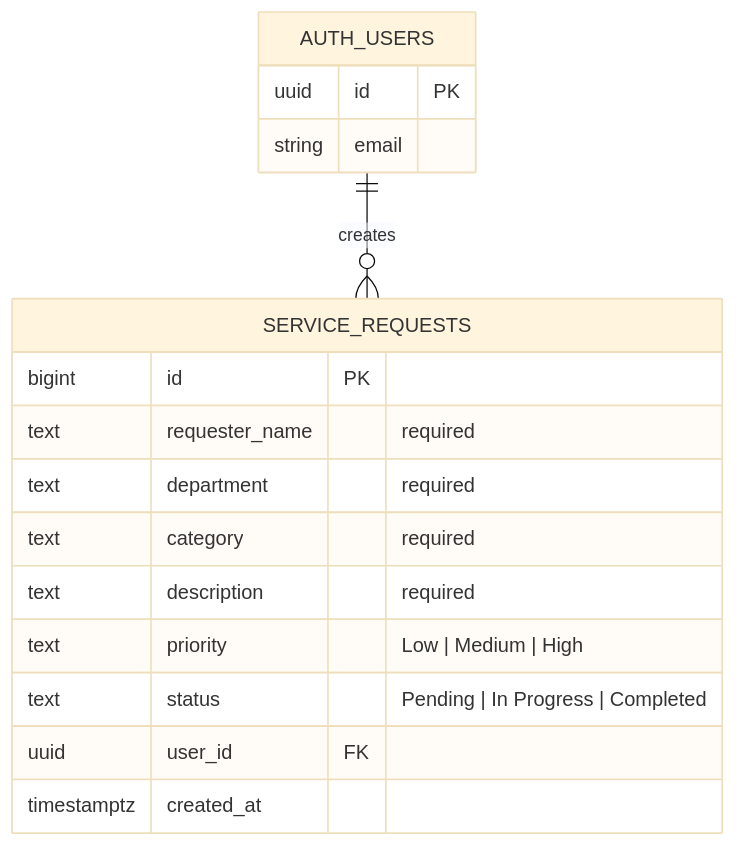
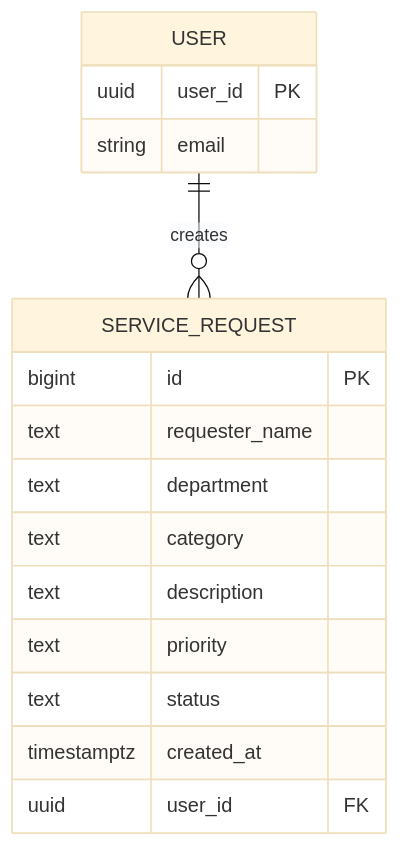
One commit to drixjohn2856-bit/SAD_Service_Request_Bebis changed the second of 2 diagrams in documentation/system-analysis.md. Above: the diagram before and after it, drawn with Mermaid (base theme). The commit also changed other lines of this file, not shown here.

````diff
--- a/documentation/system-analysis.md
+++ b/documentation/system-analysis.md
@@ -22,21 +49,21 @@
 ```mermaid
 erDiagram
-	AUTH_USERS ||--o{ SERVICE_REQUESTS : creates
+    USER ||--o{ SERVICE_REQUEST : creates
 
-	AUTH_USERS {
-		uuid id PK
-		string email
-	}
+    USER {
+        uuid user_id PK
+        string email
+    }
 
-	SERVICE_REQUESTS {
-		bigint id PK
-		text requester_name "required"
-		text department "required"
-		text category "required"
-		text description "required"
-		text priority "Low | Medium | High"
-		text status "Pending | In Progress | Completed"
-		uuid user_id FK
-		timestamptz created_at
-	}
+    SERVICE_REQUEST {
+        bigint id PK
+        text requester_name
+        text department
+        text category
+        text description
+        text priority
+        text status
+        timestamptz created_at
+        uuid user_id FK
+    }
 ```
````
